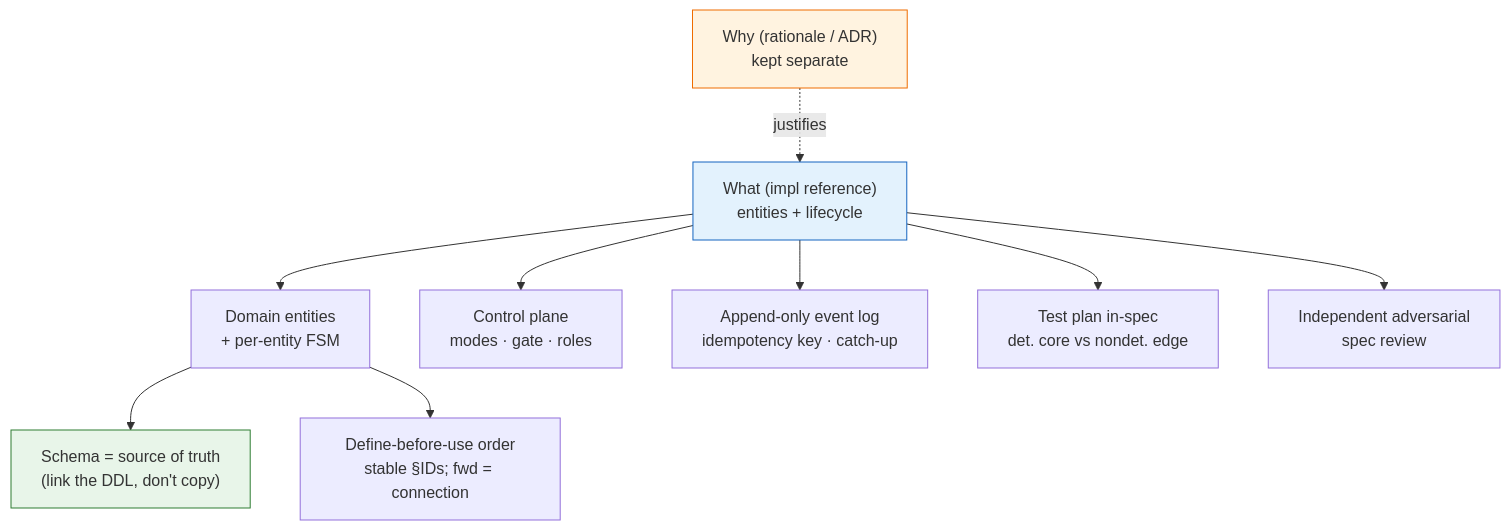
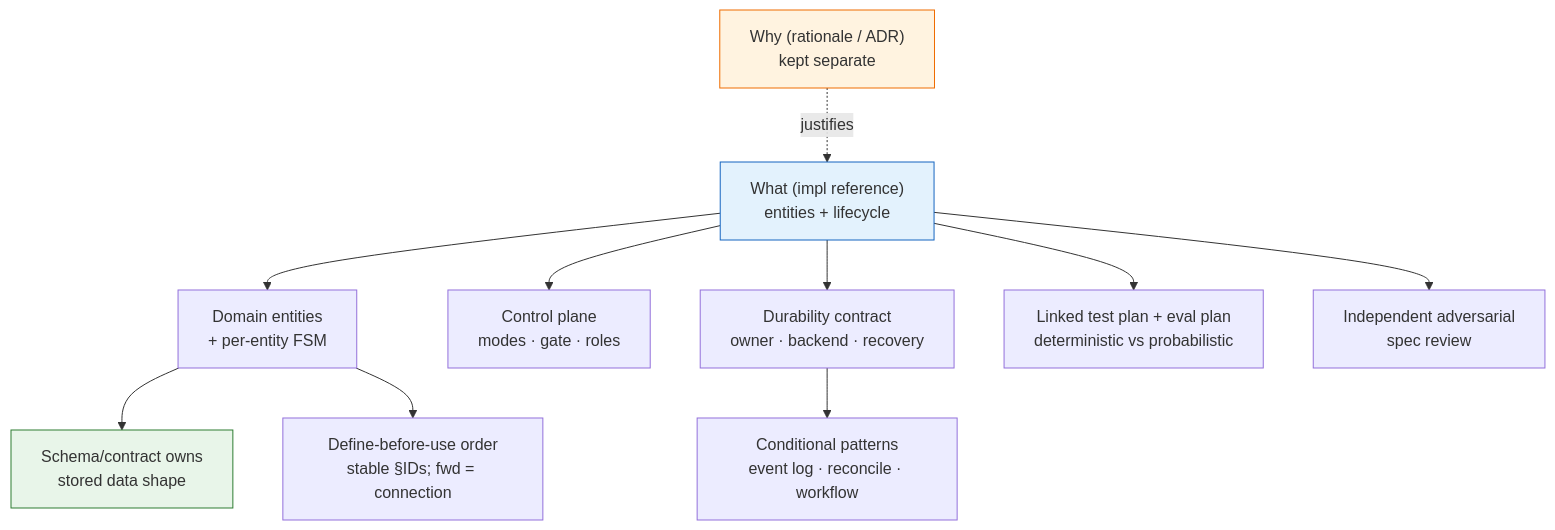
One commit to anatoly-m-maslennikov/dset-specs-loops-framework changed the diagram in methodology/01_Spec Authoring Patterns — Service Spec Conventions.md. Above: the diagram before and after it, drawn with Mermaid. The commit also changed other lines of this file and 9 other files, not shown here.

````diff
--- a/methodology/01_Spec Authoring Patterns — Service Spec Conventions.md
+++ b/methodology/01_Spec Authoring Patterns — Service Spec Conventions.md
@@ -5,14 +5,15 @@
 ```mermaid
 graph TD
     WHY["Why (rationale / ADR)<br/>kept separate"] -.justifies.-> WHAT
     WHAT["What (impl reference)<br/>entities + lifecycle"] --> ENT["Domain entities<br/>+ per-entity FSM"]
-    ENT --> SCHEMA["Schema = source of truth<br/>(link the DDL, don't copy)"]
+    ENT --> SCHEMA["Schema/contract owns<br/>stored data shape"]
     ENT --> ORDER["Define-before-use order<br/>stable §IDs; fwd = connection"]
     WHAT --> CTRL["Control plane<br/>modes · gate · roles"]
-    WHAT --> LOG["Append-only event log<br/>idempotency key · catch-up"]
-    WHAT --> TEST["Test plan in-spec<br/>det. core vs nondet. edge"]
+    WHAT --> DUR["Durability contract<br/>owner · backend · recovery"]
+    DUR --> OPT["Conditional patterns<br/>event log · reconcile · workflow"]
+    WHAT --> TEST["Linked test plan + eval plan<br/>deterministic vs probabilistic"]
     WHAT --> REVIEW["Independent adversarial<br/>spec review"]
     style WHAT fill:#e3f2fd,stroke:#1565c0
     style WHY fill:#fff3e0,stroke:#ef6c00
     style SCHEMA fill:#e8f5e9,stroke:#2e7d32
 ```
````
